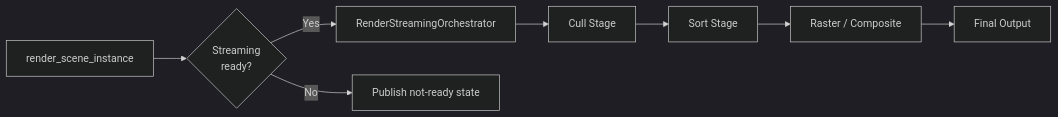
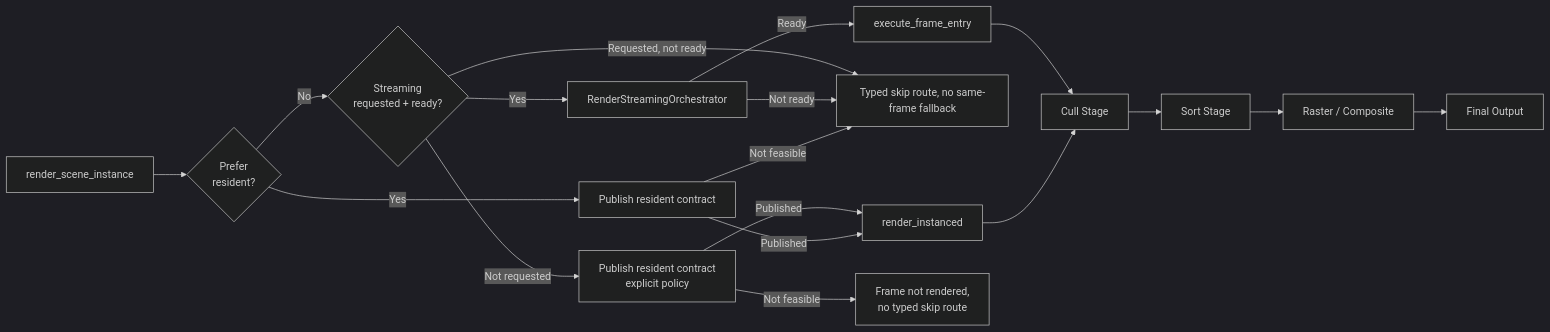
The diagram in docs/architecture/render-pipeline.md (klausi3D/godotGS), drawn with Mermaid (dark theme) before and after one commit. The commit also changed other lines of this file and 16 other files, not shown here.

First line of the commit message:
docs(architecture): bring the architecture docs back in line with the code (#1116)

````diff
--- a/docs/architecture/render-pipeline.md
+++ b/docs/architecture/render-pipeline.md
@@ -21,10 +24,20 @@
 ```mermaid
 flowchart LR
-    Entry[render_scene_instance] --> Route{Streaming<br/>ready?}
-    Route -- Yes --> Stream[RenderStreamingOrchestrator]
-    Route -- No --> NotReady[Publish not-ready state]
-    Stream --> Cull[Cull Stage]
+    Entry[render_scene_instance] --> Plan{Prefer<br/>resident?}
+    Plan -- Yes --> Resident[Publish resident contract]
+    Resident -- Published --> Inst[render_instanced]
+    Inst --> Cull[Cull Stage]
+    Resident -- Not feasible --> Skip[Typed skip route, no same-frame fallback]
+    Plan -- No --> Stream{Streaming<br/>requested + ready?}
+    Stream -- Yes --> StreamOrch[RenderStreamingOrchestrator]
+    StreamOrch -- Ready --> Entry2[execute_frame_entry]
+    Entry2 --> Cull
+    StreamOrch -- Not ready --> Skip
+    Stream -- Requested, not ready --> Skip
+    Stream -- Not requested --> ResidentExplicit[Publish resident contract<br/>explicit policy]
+    ResidentExplicit -- Published --> Inst
+    ResidentExplicit -- Not feasible --> Untyped[Frame not rendered,<br/>no typed skip route]
     Cull --> Sort[Sort Stage]
     Sort --> Raster[Raster / Composite]
     Raster --> Output[Final Output]
 ```
````
